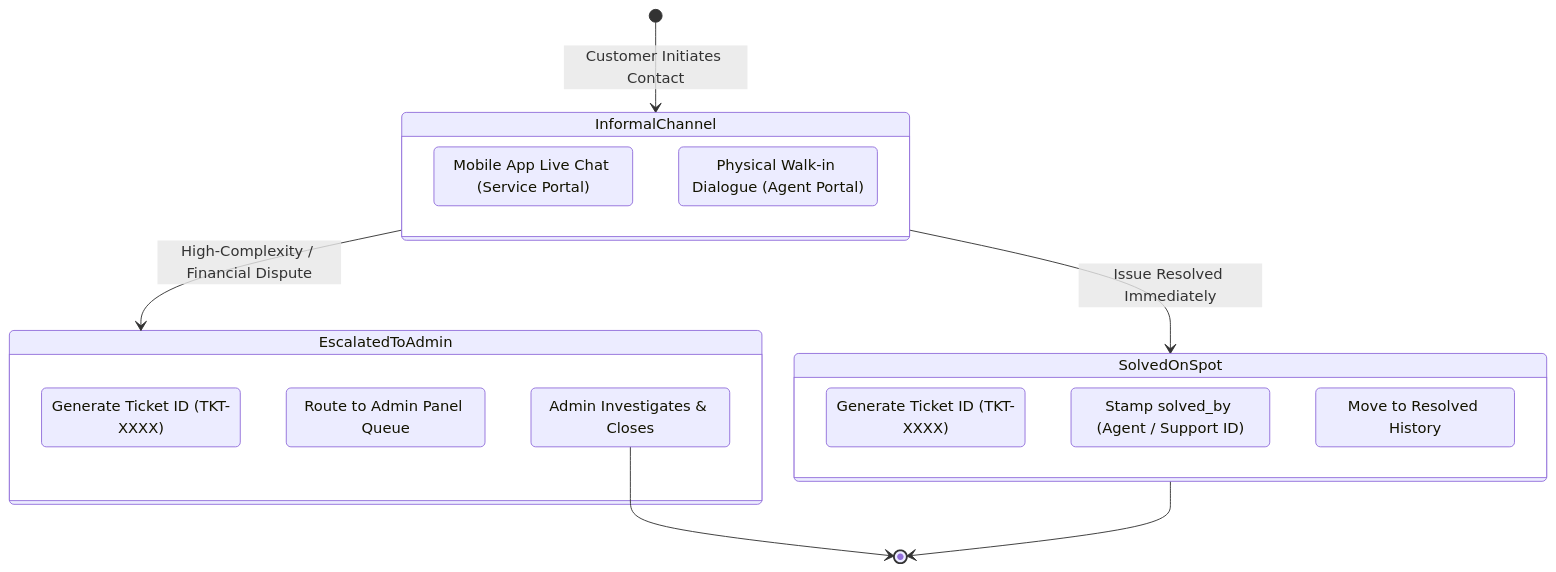
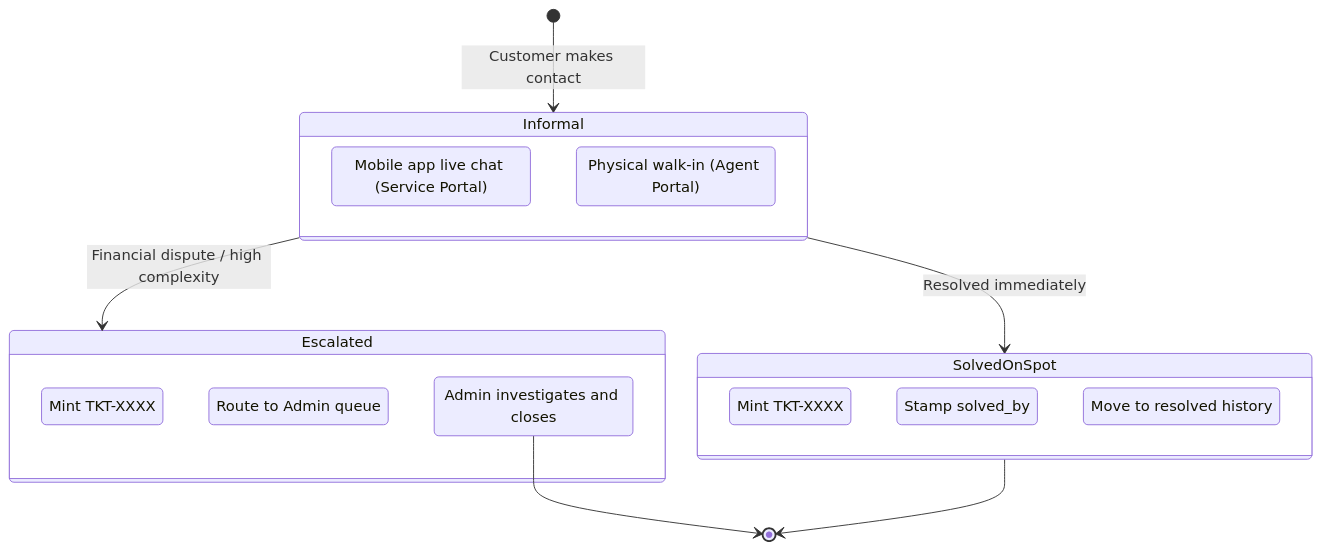
The second of 2 diagrams in README.md (MiliPay/MiliPay), drawn with Mermaid before and after one commit. The commit also changed other lines of this file, not shown here.

````diff
--- a/README.md
+++ b/README.md
@@ -167,27 +283,27 @@
 ```mermaid
 stateDiagram-v2
-    [*] --> InformalChannel: Customer Initiates Contact
+    [*] --> Informal: Customer makes contact
 
-    state InformalChannel {
-        LiveChat: Mobile App Live Chat (Service Portal)
-        WalkIn: Physical Walk-in Dialogue (Agent Portal)
+    state Informal {
+        LiveChat: Mobile app live chat (Service Portal)
+        WalkIn: Physical walk-in (Agent Portal)
     }
 
-    InformalChannel --> SolvedOnSpot: Issue Resolved Immediately
-    InformalChannel --> EscalatedToAdmin: High-Complexity / Financial Dispute
+    Informal --> SolvedOnSpot: Resolved immediately
+    Informal --> Escalated: Financial dispute / high complexity
 
     state SolvedOnSpot {
-        GenTkt1: Generate Ticket ID (TKT-XXXX)
-        StampSolved: Stamp solved_by (Agent / Support ID)
-        Archive1: Move to Resolved History
+        Gen1: Mint TKT-XXXX
+        Stamp: Stamp solved_by
+        Arch: Move to resolved history
     }
 
-    state EscalatedToAdmin {
-        GenTkt2: Generate Ticket ID (TKT-XXXX)
-        MoveAdmin: Route to Admin Panel Queue
-        AdminReview: Admin Investigates & Closes
+    state Escalated {
+        Gen2: Mint TKT-XXXX
+        Route: Route to Admin queue
+        Review: Admin investigates and closes
     }
 
     SolvedOnSpot --> [*]
-    AdminReview --> [*]
+    Review --> [*]
 ```
````
